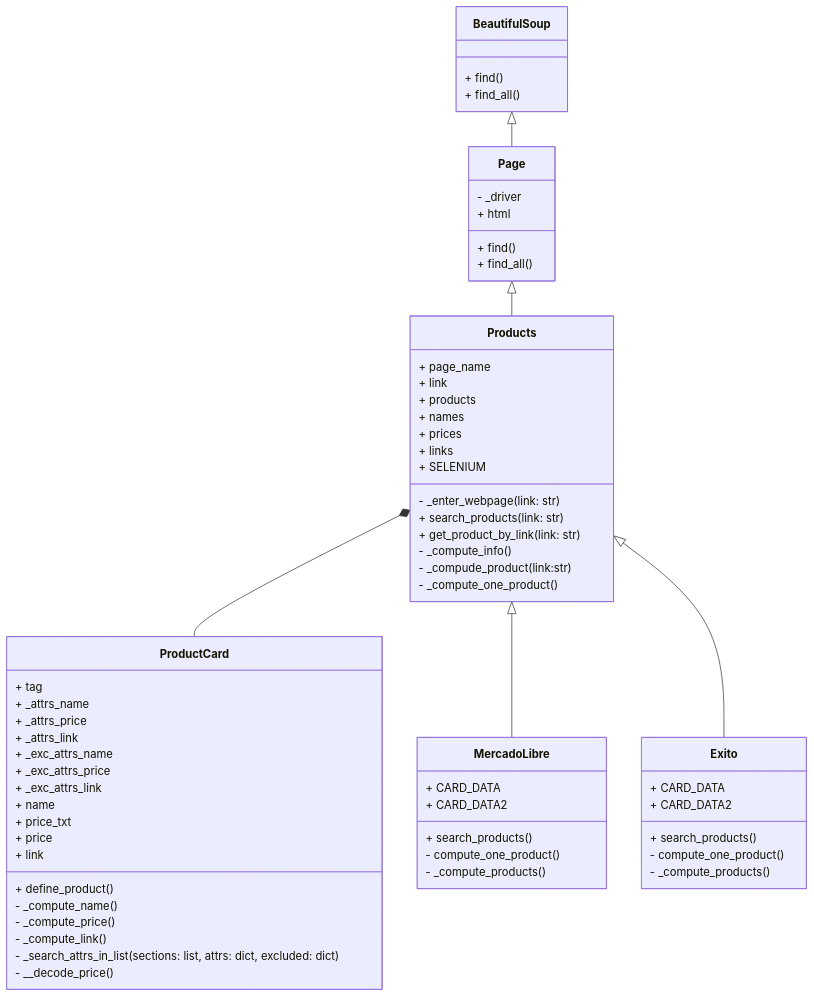
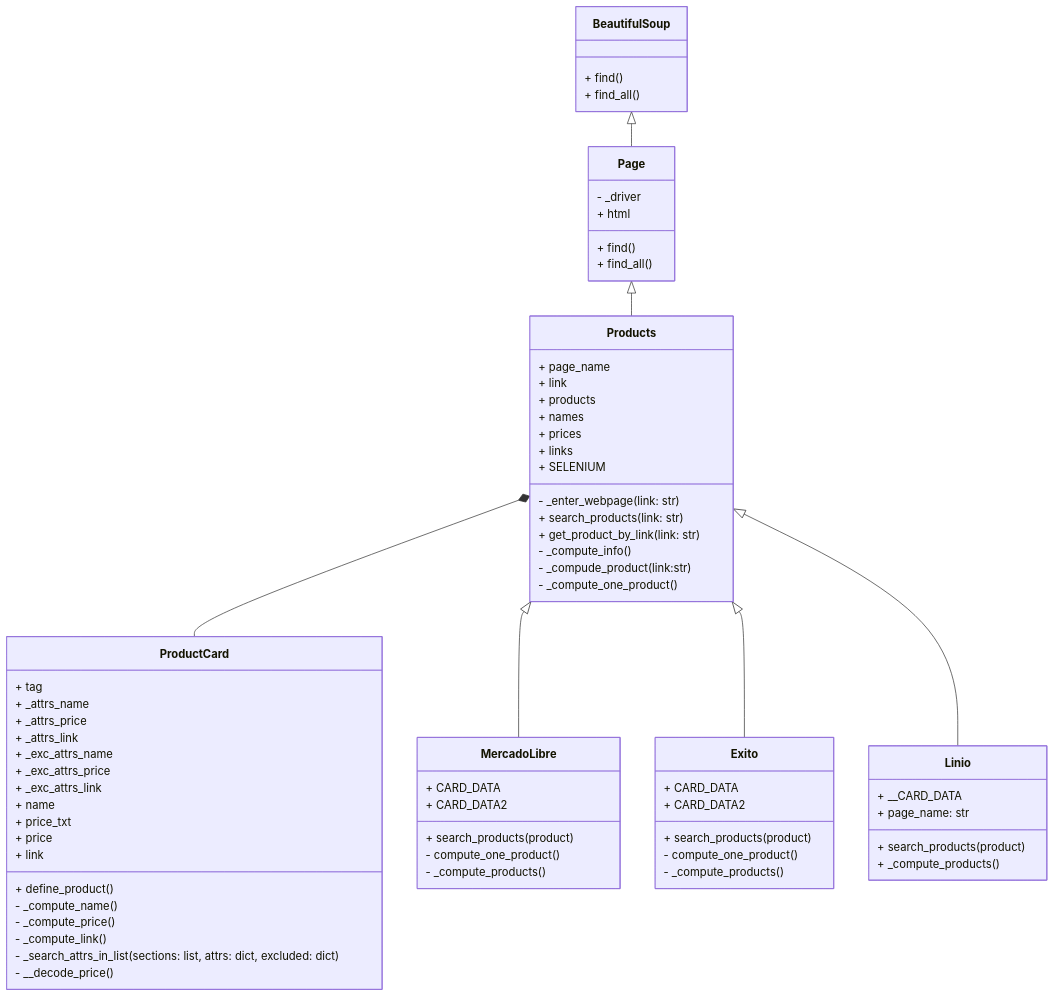
The first of 3 diagrams in README.md (Dilanpc/MarketMiner), drawn with Mermaid before and after one commit. The commit also changed other lines of this file, not shown here.

````diff
--- a/README.md
+++ b/README.md
@@ -45,6 +45,8 @@
     Products *-- ProductCard
     Products <|-- MercadoLibre
     Products <|-- Exito
+    Products <|-- Linio
+
 
     class BeautifulSoup{
         + find()
@@ -103,7 +105,7 @@
         + CARD_DATA
         + CARD_DATA2
 
-        + search_products()
+        + search_products(product)
         - compute_one_product()
         - _compute_products()
     }
@@ -112,9 +114,16 @@
         + CARD_DATA
         + CARD_DATA2
 
-        + search_products()
+        + search_products(product)
         - compute_one_product()
         - _compute_products()
     }
 
+    class Linio {
+        + __CARD_DATA
+        + page_name: str
+        + search_products(product)
+        + _compute_products()
+    }
+
 ```
````
